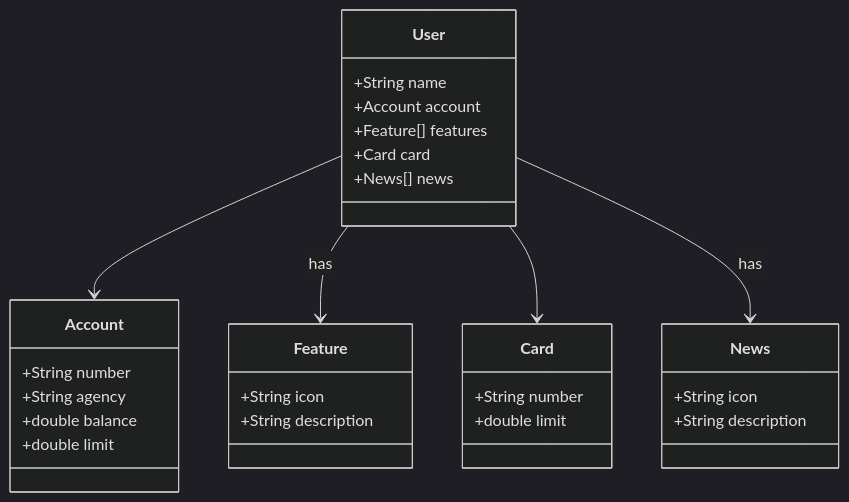
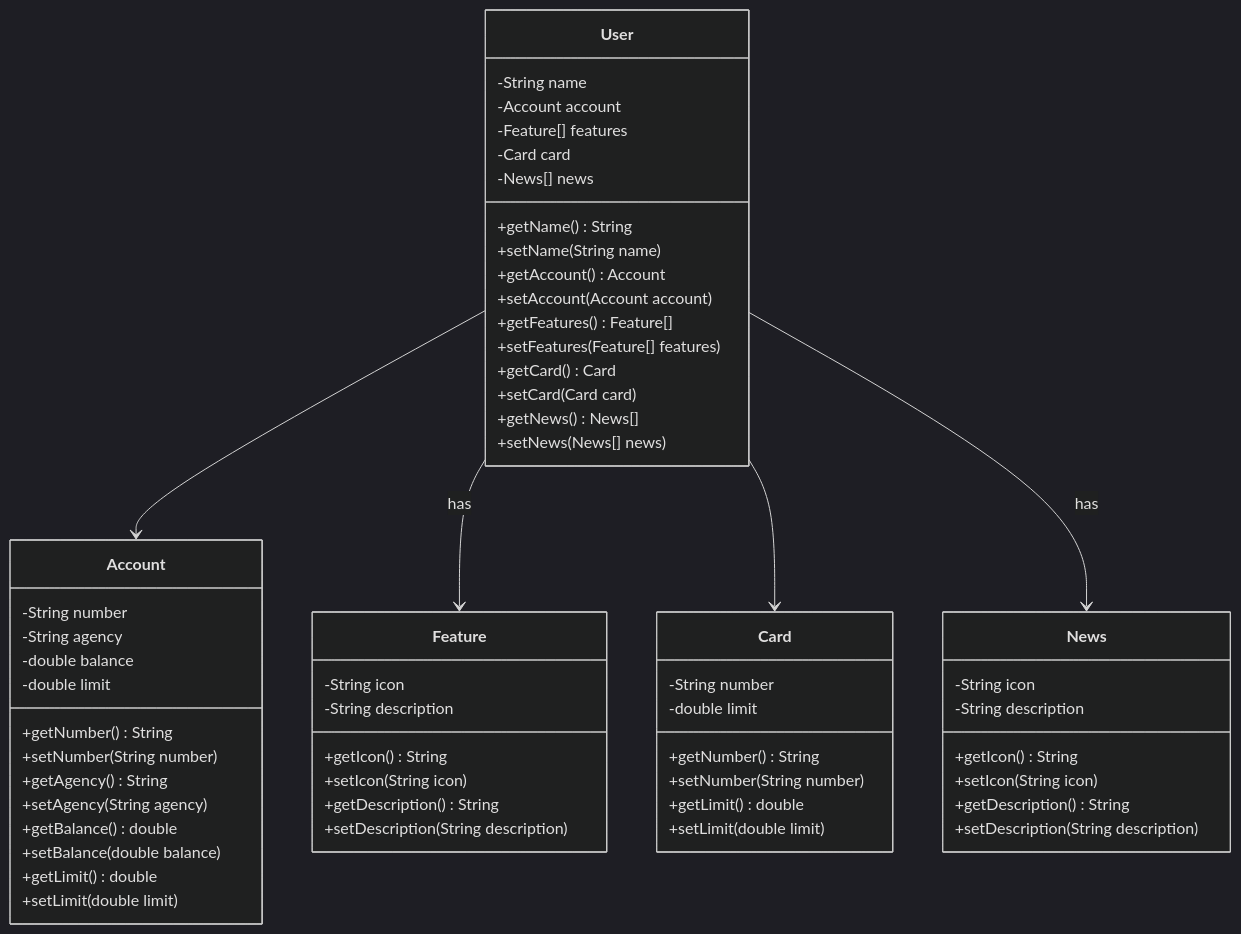
One commit to oliveiraspedro/decola-tech-2025 changed the diagram in README.md. Above: the diagram before and after it, drawn with Mermaid (dark theme). The commit also changed other lines of this file, not shown here.

````diff
--- a/README.md
+++ b/README.md
@@ -4,37 +4,67 @@
 ```mermaid
 classDiagram
     class User {
-        +String name
-        +Account account
-        +Feature[] features
-        +Card card
-        +News[] news
+        -String name
+        -Account account
+        -Feature[] features
+        -Card card
+        -News[] news
+        +getName() String
+        +setName(String name)
+        +getAccount() Account
+        +setAccount(Account account)
+        +getFeatures() Feature[]
+        +setFeatures(Feature[] features)
+        +getCard() Card
+        +setCard(Card card)
+        +getNews() News[]
+        +setNews(News[] news)
     }
 
     class Account {
-        +String number
-        +String agency
-        +double balance
-        +double limit
+        -String number
+        -String agency
+        -double balance
+        -double limit
+        +getNumber() String
+        +setNumber(String number)
+        +getAgency() String
+        +setAgency(String agency)
+        +getBalance() double
+        +setBalance(double balance)
+        +getLimit() double
+        +setLimit(double limit)
     }
 
     class Feature {
-        +String icon
-        +String description
+        -String icon
+        -String description
+        +getIcon() String
+        +setIcon(String icon)
+        +getDescription() String
+        +setDescription(String description)
     }
 
     class Card {
-        +String number
-        +double limit
+        -String number
+        -double limit
+        +getNumber() String
+        +setNumber(String number)
+        +getLimit() double
+        +setLimit(double limit)
     }
 
     class News {
-        +String icon
-        +String description
+        -String icon
+        -String description
+        +getIcon() String
+        +setIcon(String icon)
+        +getDescription() String
+        +setDescription(String description)
     }
 
     User --> Account
     User --> Feature : has
     User --> Card
     User --> News : has
 ```
````
